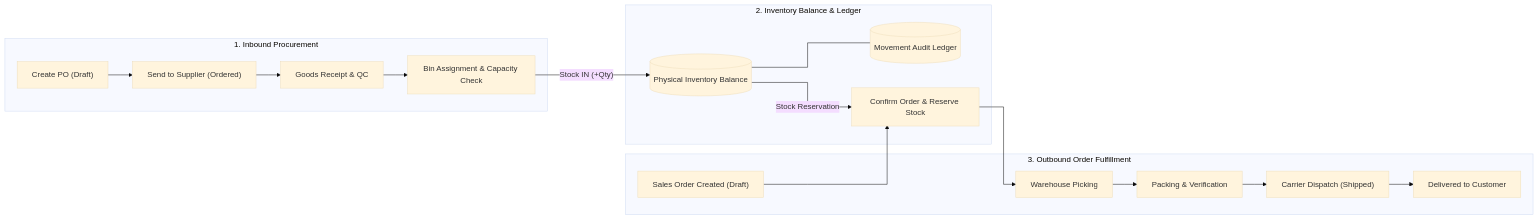
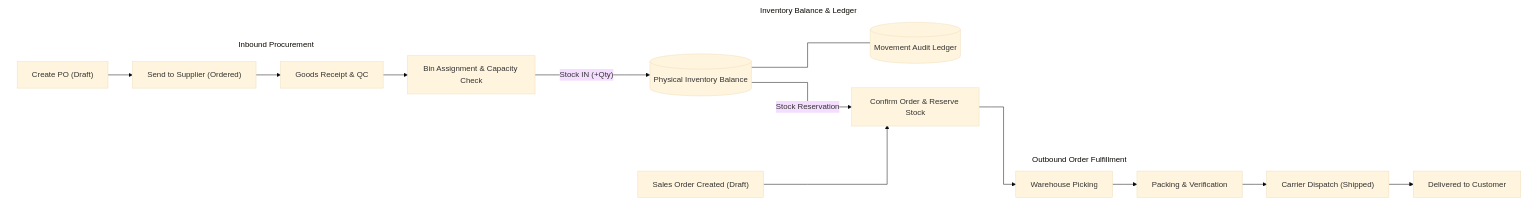
Before and after one commit to RPriago/stockFlow: the second of 3 diagrams in README.md, drawn with Mermaid (base theme). The commit also changed other lines of this file, not shown here.

````diff
--- a/README.md
+++ b/README.md
@@ -138,23 +108,27 @@
 ```mermaid
 %%{init: {"flowchart": {"curve": "stepAfter"}}}%%
 flowchart LR
-    subgraph INBOUND ["1. Inbound Procurement"]
+    subgraph INBOUND ["Inbound Procurement"]
         PO1["Create PO (Draft)"] --> PO2["Send to Supplier (Ordered)"]
         PO2 --> PO3["Goods Receipt & QC"]
         PO3 --> PO4["Bin Assignment & Capacity Check"]
     end
 
-    subgraph CORE ["2. Inventory Balance & Ledger"]
+    subgraph CORE ["Inventory Balance & Ledger"]
         PO4 -->|"Stock IN (+Qty)"| BAL[("Physical Inventory Balance")]
         BAL --- LEDGER[("Movement Audit Ledger")]
         BAL -->|"Stock Reservation"| SO2
     end
 
-    subgraph OUTBOUND ["3. Outbound Order Fulfillment"]
+    subgraph OUTBOUND ["Outbound Order Fulfillment"]
         SO1["Sales Order Created (Draft)"] --> SO2["Confirm Order & Reserve Stock"]
         SO2 --> SO3["Warehouse Picking"]
         SO3 --> SO4["Packing & Verification"]
         SO4 --> SO5["Carrier Dispatch (Shipped)"]
         SO5 --> SO6["Delivered to Customer"]
     end
+
+    style INBOUND fill:none,stroke:none
+    style CORE fill:none,stroke:none
+    style OUTBOUND fill:none,stroke:none
 ```
````
